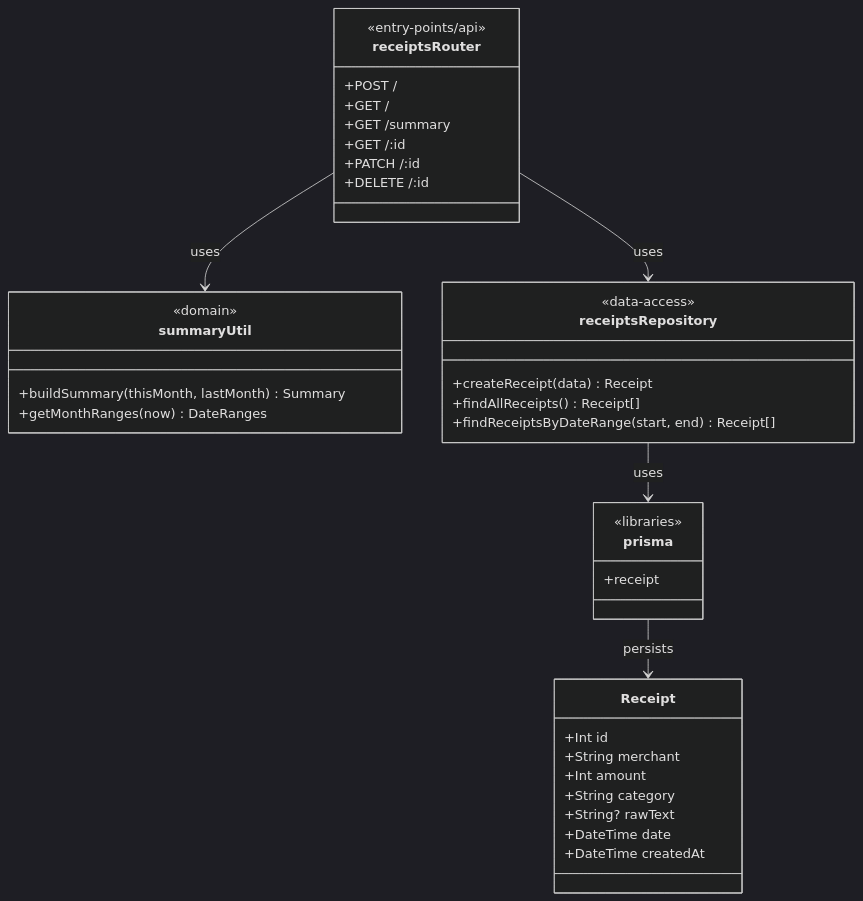
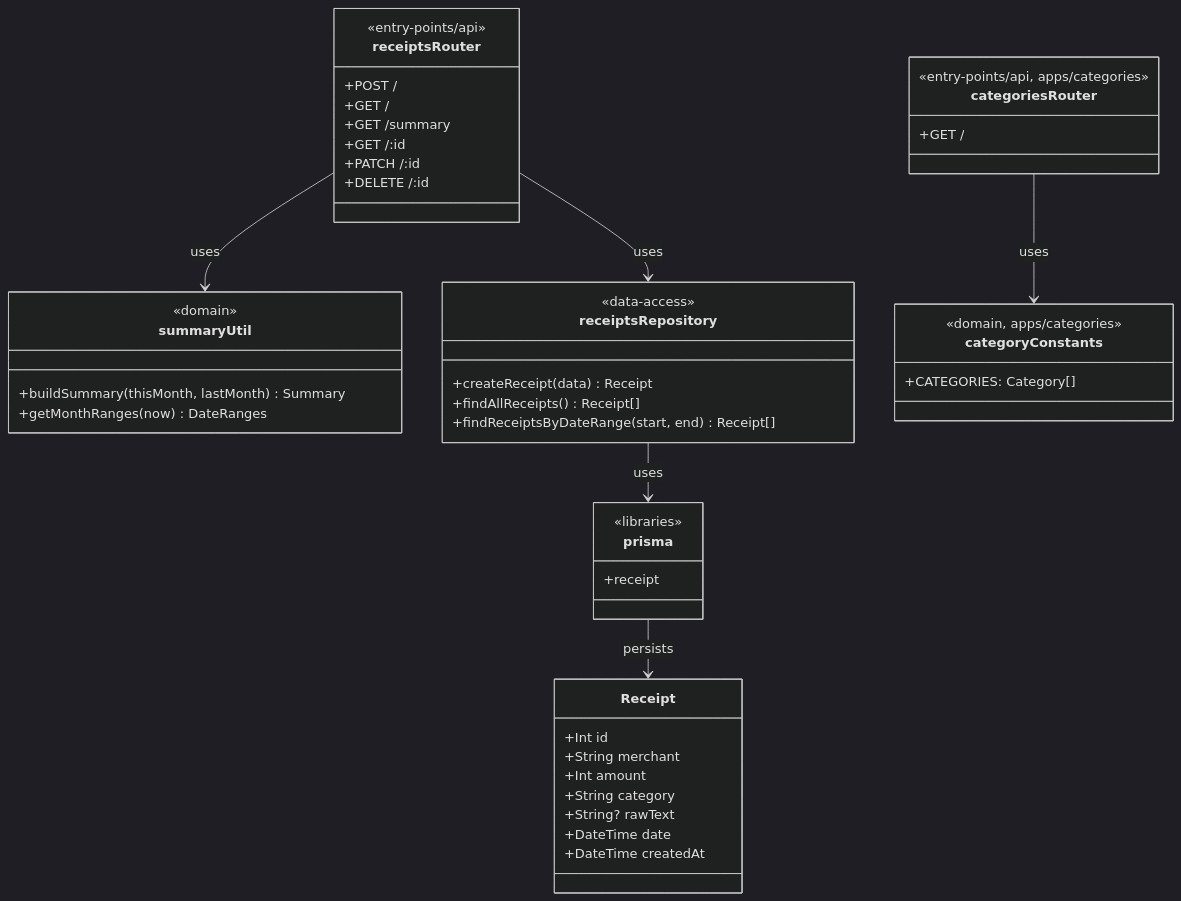
One commit to silverj0805/receipt-scanner-server changed the first of 7 diagrams in docs/architecture.md. Above: the diagram before and after it, drawn with Mermaid (dark theme). The commit also changed other lines of this file and 4 other files, not shown here.

Commit message:
feat: 카테고리 목록 조회 API (GET /categories)

````diff
--- a/docs/architecture.md
+++ b/docs/architecture.md
@@ -9,45 +9,56 @@
 ```mermaid
 classDiagram
     class receiptsRouter {
         <<entry-points/api>>
         +POST /
         +GET /
         +GET /summary
         +GET /:id
         +PATCH /:id
         +DELETE /:id
     }
 
     class summaryUtil {
         <<domain>>
         +buildSummary(thisMonth, lastMonth) Summary
         +getMonthRanges(now) DateRanges
     }
 
     class receiptsRepository {
         <<data-access>>
         +createReceipt(data) Receipt
         +findAllReceipts() Receipt[]
         +findReceiptsByDateRange(start, end) Receipt[]
     }
 
     class prisma {
         <<libraries>>
         +receipt
     }
 
     class Receipt {
         +Int id
         +String merchant
         +Int amount
         +String category
         +String? rawText
         +DateTime date
         +DateTime createdAt
     }
 
+    class categoriesRouter {
+        <<entry-points/api, apps/categories>>
+        +GET /
+    }
+
+    class categoryConstants {
+        <<domain, apps/categories>>
+        +CATEGORIES: Category[]
+    }
+
     receiptsRouter --> summaryUtil : uses
     receiptsRouter --> receiptsRepository : uses
     receiptsRepository --> prisma : uses
     prisma --> Receipt : persists
+    categoriesRouter --> categoryConstants : uses
 ```
````
